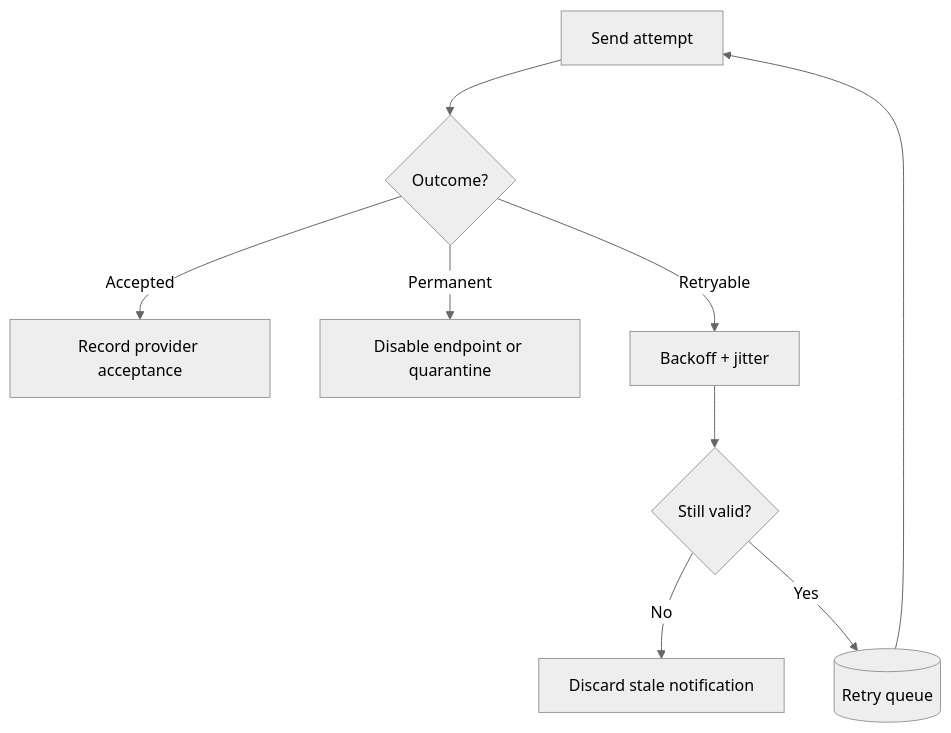
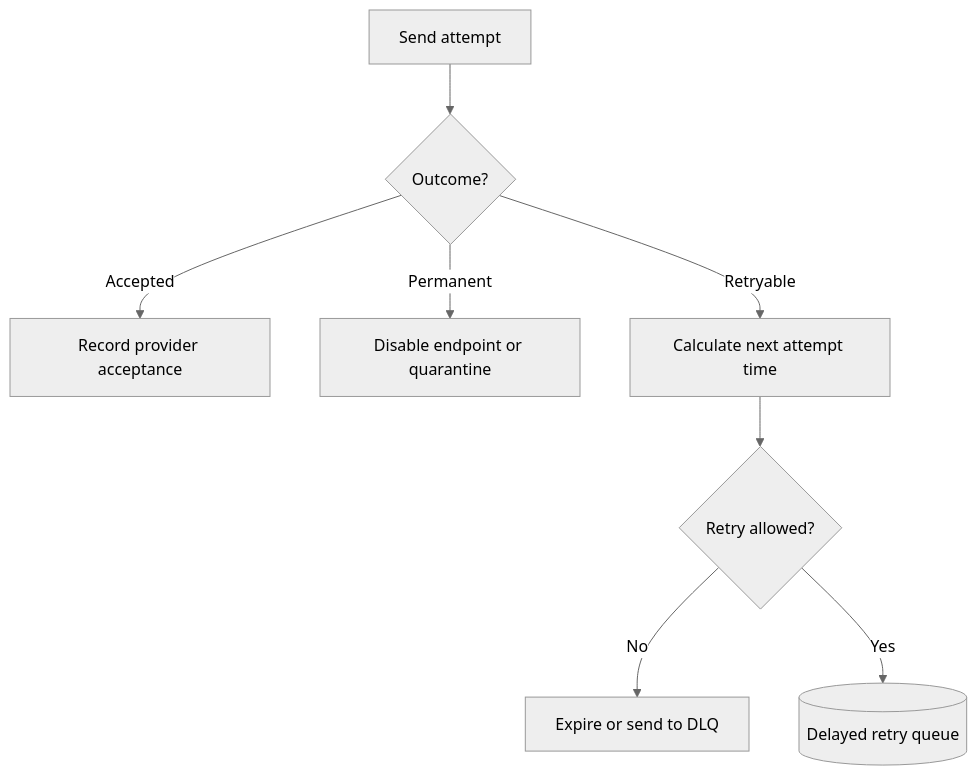
One commit to alexduan-mel/alexduan-mel.github.io changed the second of 2 diagrams in src/content/posts/system-design/notification-system.md. Above: the diagram before and after it, drawn with Mermaid (neutral theme). The commit also changed other lines of this file, not shown here.

Commit message:
fix: refine notification system doc

````diff
--- a/src/content/posts/system-design/notification-system.md
+++ b/src/content/posts/system-design/notification-system.md
@@ -132,14 +139,13 @@
 ```mermaid
 flowchart TD
     accTitle: Provider result and retry workflow
-    accDescr: A send attempt is classified as accepted, permanent failure, or retryable. Retryable work waits with backoff and returns to the queue only while the notification remains valid.
+    accDescr: A send result is classified as accepted, permanent failure, or retryable. A retry time is calculated using provider constraints and backoff. Only jobs with attempts remaining and a retry time before expiry enter the delayed retry queue.
     attempt[Send attempt] --> outcome{Outcome?}
 
     outcome -- Accepted --> accepted[Record provider acceptance]
     outcome -- Permanent --> failed[Disable endpoint or quarantine]
-    outcome -- Retryable --> backoff[Backoff + jitter]
-    backoff --> valid{Still valid?}
-    valid -- No --> discard[Discard stale notification]
-    valid -- Yes --> retry[(Retry queue)]
-    retry --> attempt
+    outcome -- Retryable --> schedule[Calculate next attempt time]
+    schedule --> allowed{Retry allowed?}
+    allowed -- No --> stop[Expire or send to DLQ]
+    allowed -- Yes --> retry[(Delayed retry queue)]
 ```
````
